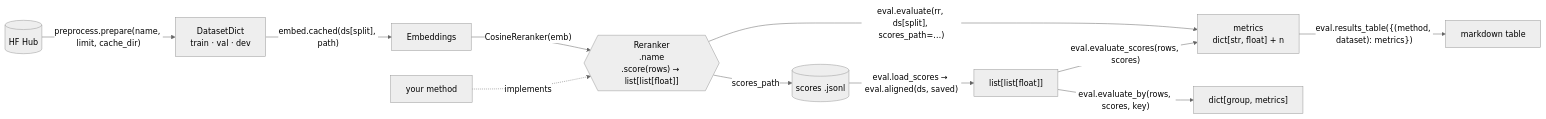
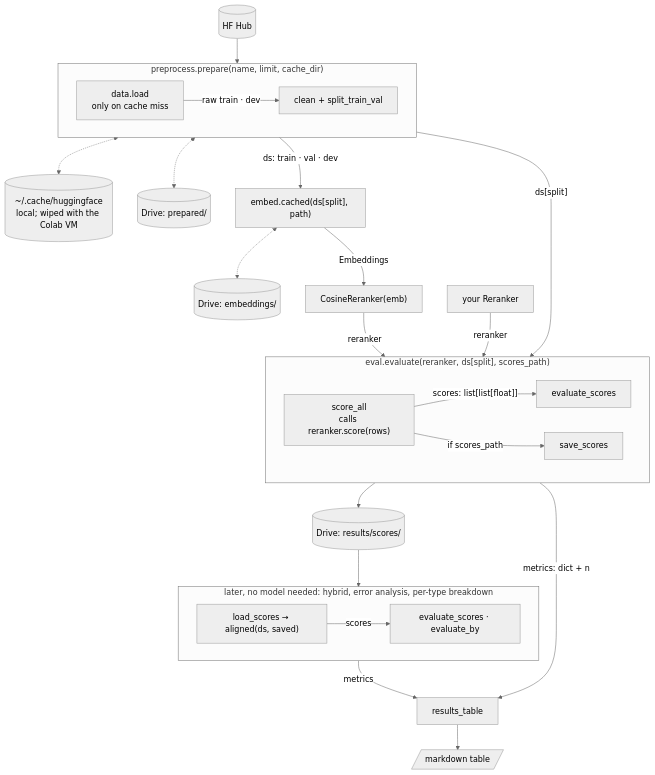
One commit to andrew-erlanger/umass-fall-2026-682-final-project changed the third of 4 diagrams in docs/architecture.md. Above: the diagram before and after it, drawn with Mermaid (neutral theme). The commit also changed other lines of this file, not shown here.

Commit message:
Redraw pipeline diagram: calls as boxes, caches shown, evaluate's internals explicit

````diff
--- a/docs/architecture.md
+++ b/docs/architecture.md
@@ -125,13 +127,41 @@
 ```mermaid
-flowchart LR
-    hub[(HF Hub)] -->|"preprocess.prepare(name, limit, cache_dir)"| ds["DatasetDict<br/>train · val · dev"]
-    ds -->|"embed.cached(ds[split], path)"| emb[Embeddings]
-    emb -->|"CosineReranker(emb)"| rr{{"Reranker<br/>.name<br/>.score(rows) → list[list[float]]"}}
-    yours[your method] -.->|implements| rr
-    rr -->|"eval.evaluate(rr, ds[split], scores_path=…)"| metrics["metrics<br/>dict[str, float] + n"]
-    rr -->|"scores_path"| file[("scores .jsonl")]
-    file -->|"eval.load_scores → eval.aligned(ds, saved)"| scores["list[list[float]]"]
-    scores -->|"eval.evaluate_scores(rows, scores)"| metrics
-    scores -->|"eval.evaluate_by(rows, scores, key)"| groups["dict[group, metrics]"]
-    metrics -->|"eval.results_table({(method, dataset): metrics})"| table[markdown table]
+flowchart TB
+    hub[(HF Hub)]
+    hfc[("~/.cache/huggingface<br/>local; wiped with the Colab VM")]
+    d_prep[("Drive: prepared/")]
+    d_emb[("Drive: embeddings/")]
+    d_scores[("Drive: results/scores/")]
+
+    subgraph PREP ["preprocess.prepare(name, limit, cache_dir)"]
+        direction LR
+        load["data.load<br/>only on cache miss"] -->|raw train · dev| clean["clean + split_train_val"]
+    end
+    hub --> load
+    load <-.-> hfc
+    PREP <-.-> d_prep
+
+    PREP -->|"ds: train · val · dev"| cached["embed.cached(ds[split], path)"]
+    cached <-.-> d_emb
+    cached -->|Embeddings| cos["CosineReranker(emb)"]
+    yours["your Reranker"]
+
+    subgraph EV ["eval.evaluate(reranker, ds[split], scores_path)"]
+        direction LR
+        sa["score_all<br/>calls reranker.score(rows)"] -->|"scores: list[list[float]]"| es[evaluate_scores]
+        sa -->|if scores_path| ss[save_scores]
+    end
+    PREP -->|"ds[split]"| EV
+    cos -->|reranker| EV
+    yours -->|reranker| EV
+    ss --> d_scores
+
+    subgraph OFF ["later, no model needed: hybrid, error analysis, per-type breakdown"]
+        direction LR
+        ld["load_scores → aligned(ds, saved)"] -->|scores| ev2["evaluate_scores · evaluate_by"]
+    end
+    d_scores --> ld
+
+    es -->|"metrics: dict + n"| rt["results_table"]
+    ev2 -->|metrics| rt
+    rt --> table[/markdown table/]
 ```
````
